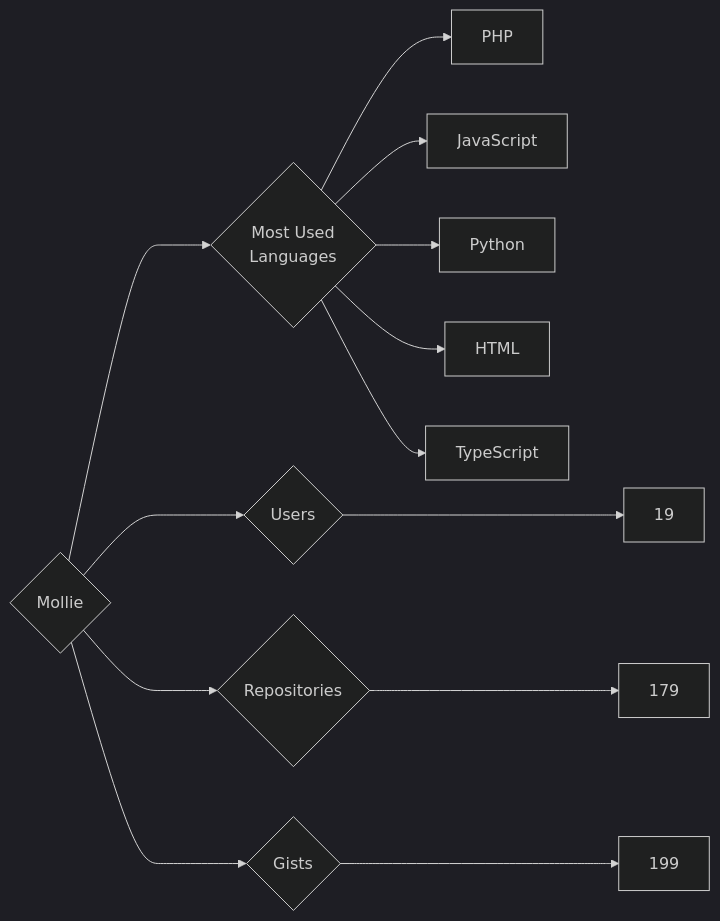
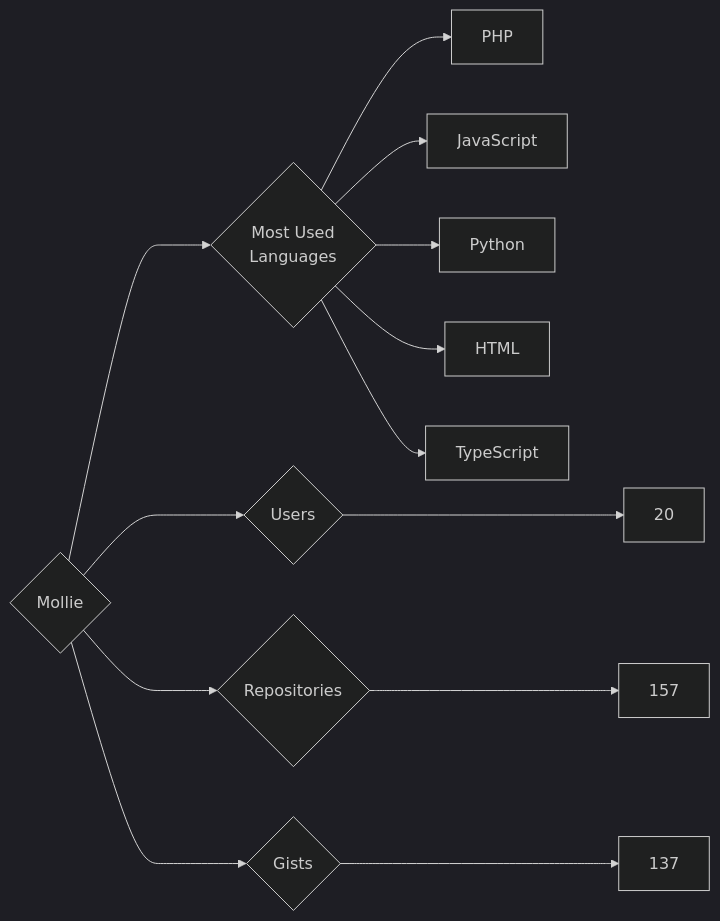
The diagram in targets/Mollie/README.md (trickest/insiders), drawn with Mermaid (dark theme) before and after one commit. The commit also changed 995 other files, not shown here.

````diff
--- a/targets/Mollie/README.md
+++ b/targets/Mollie/README.md
@@ -3,13 +3,13 @@
 ```mermaid
 graph LR
 COMPANY_NAME{Mollie}
-COMPANY_NAME ---> U{Users} ---> UN[19]
-COMPANY_NAME ---> R{Repositories} ---> RN[179]
-COMPANY_NAME ---> G{Gists} ---> GN[199]
+COMPANY_NAME ---> U{Users} ---> UN[20]
+COMPANY_NAME ---> R{Repositories} ---> RN[157]
+COMPANY_NAME ---> G{Gists} ---> GN[137]
 COMPANY_NAME ---> ML{Most Used<br>Languages}
 ML --> PHP[PHP]
 ML --> JavaScript[JavaScript]
 ML --> Python[Python]
 ML --> HTML[HTML]
 ML --> TypeScript[TypeScript]
 ```
````
